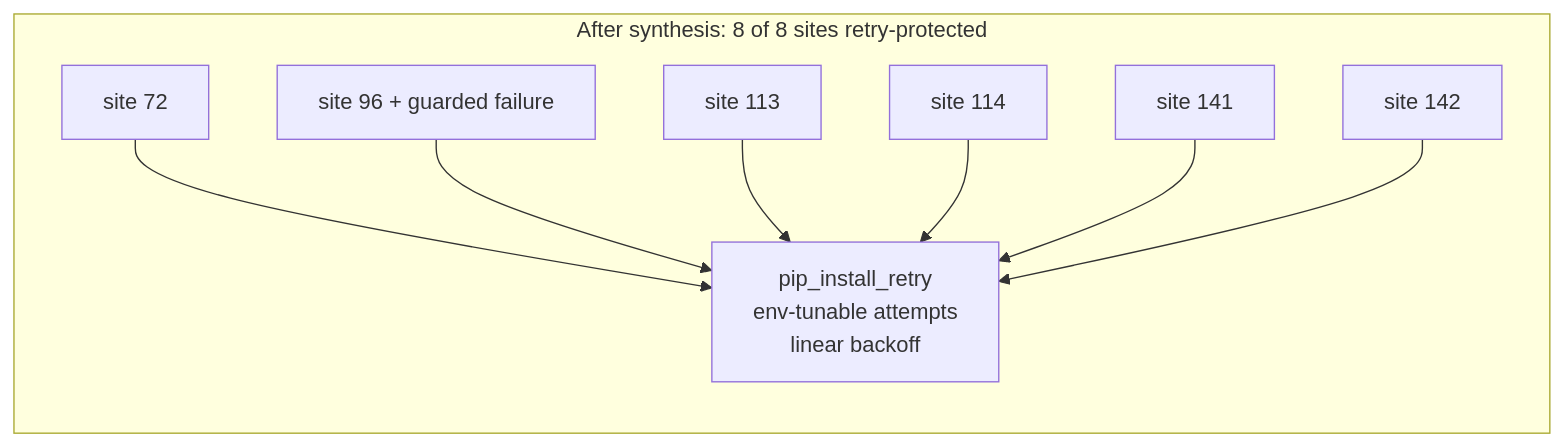
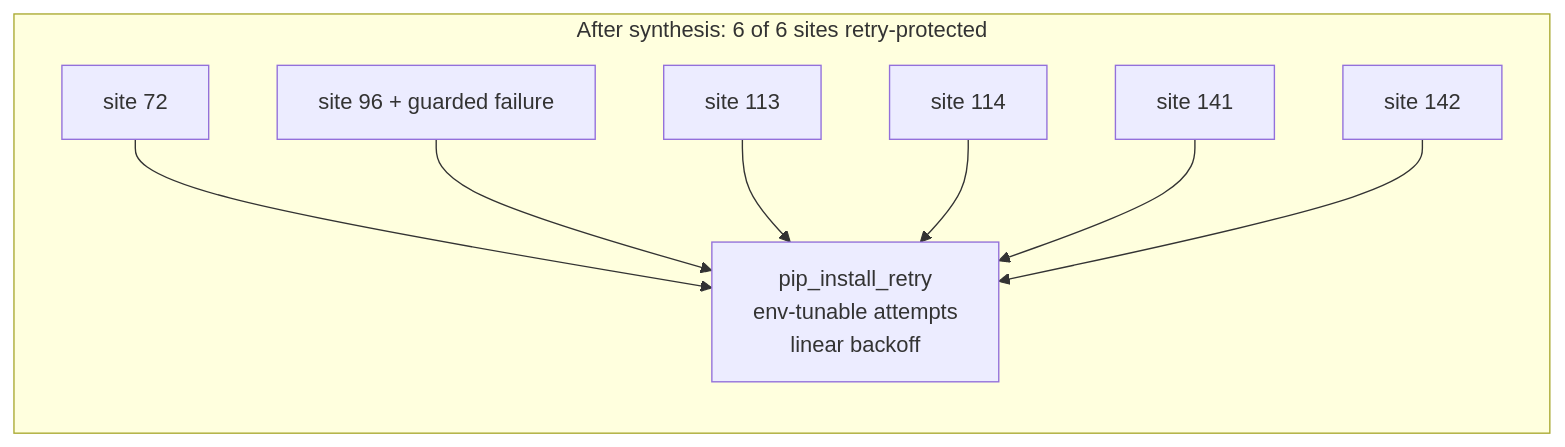
One commit to diazMelgarejo/Perpetua-Tools changed the second of 3 diagrams in .agent/memory/semantic/SYNTHESIS-REPORT-CI-PIP-RETRY-2026-11-15-CROSSLINKED.md. Above: the diagram before and after it, drawn with Mermaid. The commit also changed other lines of this file and 2 other files, not shown here.

````diff
--- a/.agent/memory/semantic/SYNTHESIS-REPORT-CI-PIP-RETRY-2026-11-15-CROSSLINKED.md
+++ b/.agent/memory/semantic/SYNTHESIS-REPORT-CI-PIP-RETRY-2026-11-15-CROSSLINKED.md
@@ -115,11 +125,11 @@
 ```mermaid
 flowchart LR
-    subgraph after[After synthesis: 8 of 8 sites retry-protected]
+    subgraph after[After synthesis: 6 of 6 sites retry-protected]
         A2[site 72] --> H[pip_install_retry\nenv-tunable attempts\nlinear backoff]
         B2[site 96 + guarded failure] --> H
         C2[site 113] --> H
         D2[site 114] --> H
         E2[site 141] --> H
         F2[site 142] --> H
     end
 ```
````
